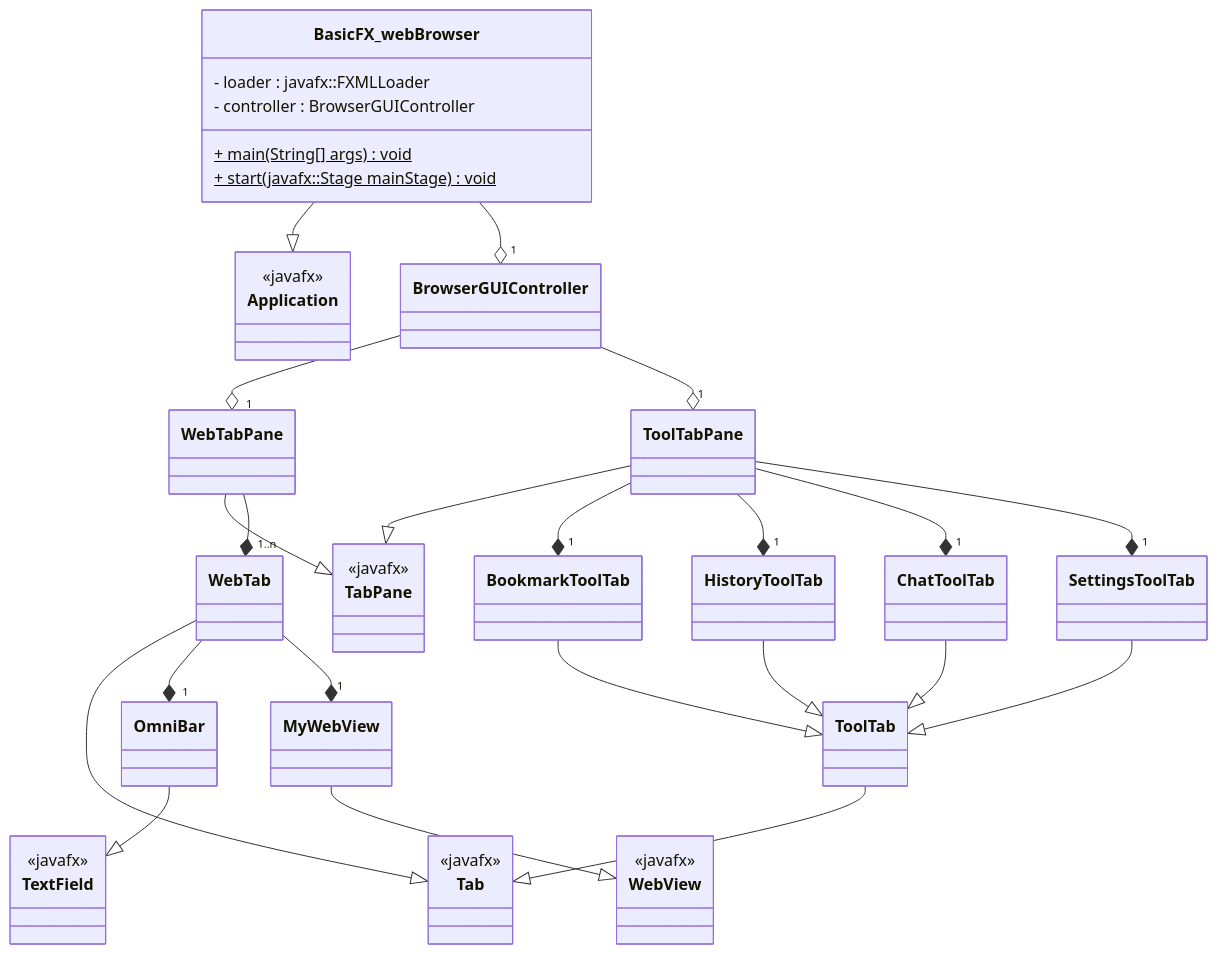
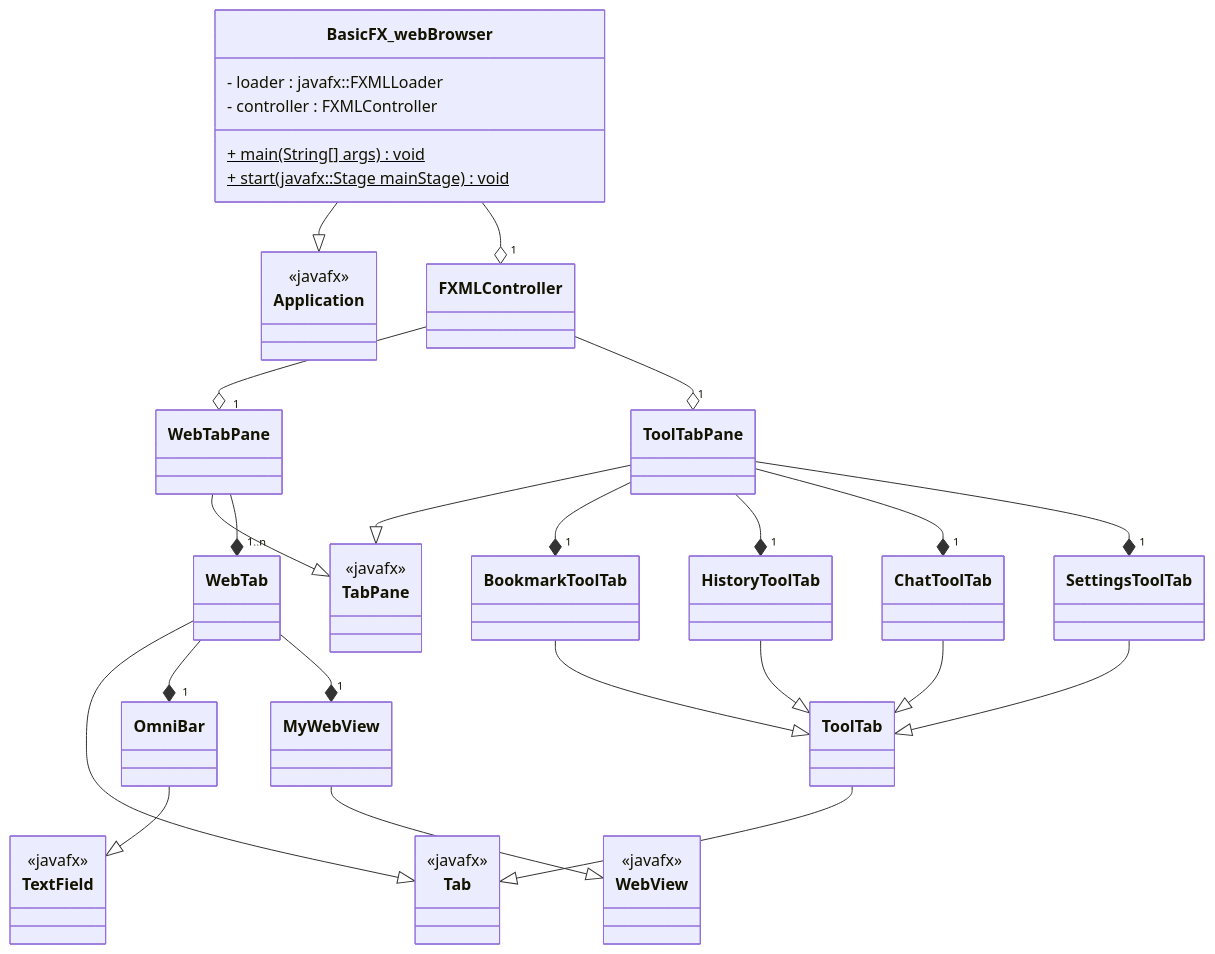
One commit to osterhoutan/basicFX-webBrowser changed the second of 2 diagrams in doc/Plan.md. Above: the diagram before and after it, drawn with Mermaid. The commit also changed other lines of this file and 50 other files, not shown here.

```diff
--- a/doc/Plan.md
+++ b/doc/Plan.md
@@ -120,12 +142,12 @@
     %% GUI Class Elements ---------------------------------
     class BasicFX_webBrowser {
         - loader : javafx::FXMLLoader
-        - controller : BrowserGUIController
+        - controller : FXMLController
         + main(String[] args)$ void
         + start(javafx::Stage mainStage)$ void
     }
 
-    class BrowserGUIController {
+    class FXMLController {
 
     }
 
@@ -206,10 +228,10 @@
       SettingsToolTab --|> ToolTab
 
       %% - Other Relationships ---------
-      BasicFX_webBrowser --o "1" BrowserGUIController
+      BasicFX_webBrowser --o "1" FXMLController
 
-      BrowserGUIController --o "1" WebTabPane
-      BrowserGUIController --o "1" ToolTabPane
+      FXMLController --o "1" WebTabPane
+      FXMLController --o "1" ToolTabPane
 
       WebTabPane --* "1..n" WebTab
 
```
